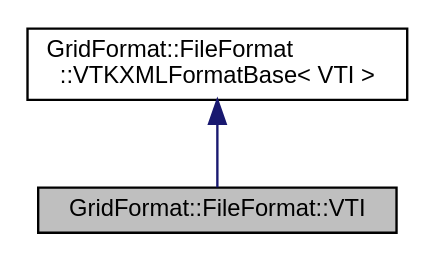
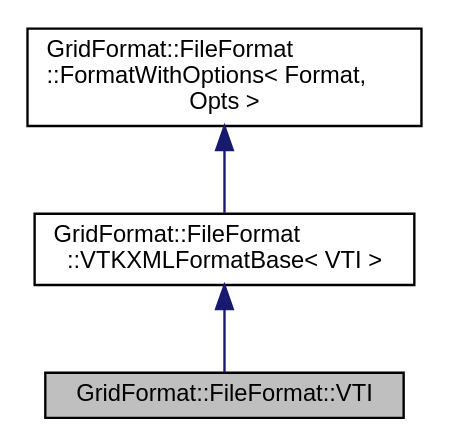
Before and after one commit to dglaeser/gridformat: the diagram in structGridFormat_1_1FileFormat_1_1VTI__inherit__graph.dot, drawn with Graphviz. The commit also changed 368 other files, not shown here.

```diff
--- a/structGridFormat_1_1FileFormat_1_1VTI__inherit__graph.dot
+++ b/structGridFormat_1_1FileFormat_1_1VTI__inherit__graph.dot
@@ -1,9 +1,11 @@
 digraph "GridFormat::FileFormat::VTI"
 {
  // LATEX_PDF_SIZE
   edge [fontname="Helvetica",fontsize="10",labelfontname="Helvetica",labelfontsize="10"];
   node [fontname="Helvetica",fontsize="10",shape=record];
   Node1 [label="GridFormat::FileFormat::VTI",height=0.2,width=0.4,color="black", fillcolor="grey75", style="filled", fontcolor="black",tooltip="Selector for the .vti/.pvti image grid file format to be passed to the Writer."];
   Node2 -> Node1 [dir="back",color="midnightblue",fontsize="10",style="solid",fontname="Helvetica"];
   Node2 [label="GridFormat::FileFormat\l::VTKXMLFormatBase\< VTI \>",height=0.2,width=0.4,color="black", fillcolor="white", style="filled",URL="$structGridFormat_1_1FileFormat_1_1VTKXMLFormatBase.html",tooltip=" "];
+  Node3 -> Node2 [dir="back",color="midnightblue",fontsize="10",style="solid",fontname="Helvetica"];
+  Node3 [label="GridFormat::FileFormat\l::FormatWithOptions\< Format,\l Opts \>",height=0.2,width=0.4,color="black", fillcolor="white", style="filled",URL="$structGridFormat_1_1FileFormat_1_1FormatWithOptions.html",tooltip="Base class for formats taking options."];
 }
```
